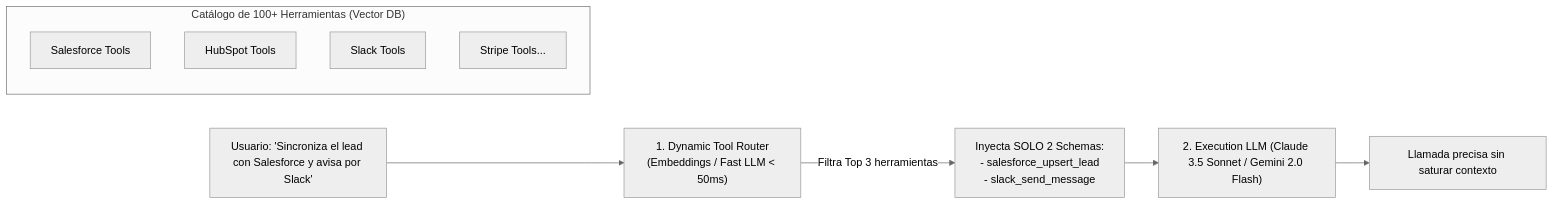
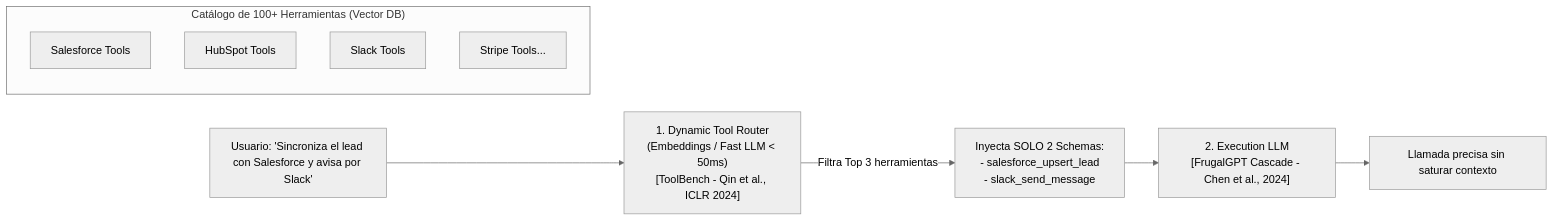
The third of 3 diagrams in docs/deep-dives/02-CONTEXT-GOVERNANCE-TOKENOMICS-AND-PLATFORMS.md (trautslab/ai-sdlc-framework), drawn with Mermaid (neutral theme) before and after one commit. The commit also changed other lines of this file, not shown here.

````diff
--- a/docs/deep-dives/02-CONTEXT-GOVERNANCE-TOKENOMICS-AND-PLATFORMS.md
+++ b/docs/deep-dives/02-CONTEXT-GOVERNANCE-TOKENOMICS-AND-PLATFORMS.md
@@ -105,15 +101,15 @@
 ```mermaid
 flowchart LR
-    UserQuery["Usuario: 'Sincroniza el lead con Salesforce y avisa por Slack'"] --> Router["1. Dynamic Tool Router\n(Embeddings / Fast LLM < 50ms)"]
+    UserQuery["Usuario: 'Sincroniza el lead con Salesforce y avisa por Slack'"] --> Router["1. Dynamic Tool Router\n(Embeddings / Fast LLM < 50ms)\n[ToolBench - Qin et al., ICLR 2024]"]
     
     subgraph TOOL_CATALOG["Catálogo de 100+ Herramientas (Vector DB)"]
         T1["Salesforce Tools"]
         T2["HubSpot Tools"]
         T3["Slack Tools"]
         T4["Stripe Tools..."]
     end
     
     Router -->|Filtra Top 3 herramientas| ToolSchemas["Inyecta SOLO 2 Schemas:\n- salesforce_upsert_lead\n- slack_send_message"]
-    ToolSchemas --> ExecutionLLM["2. Execution LLM (Claude 3.5 Sonnet / Gemini 2.0 Flash)"]
+    ToolSchemas --> ExecutionLLM["2. Execution LLM\n[FrugalGPT Cascade - Chen et al., 2024]"]
     ExecutionLLM --> Result["Llamada precisa sin saturar contexto"]
 ```
````
